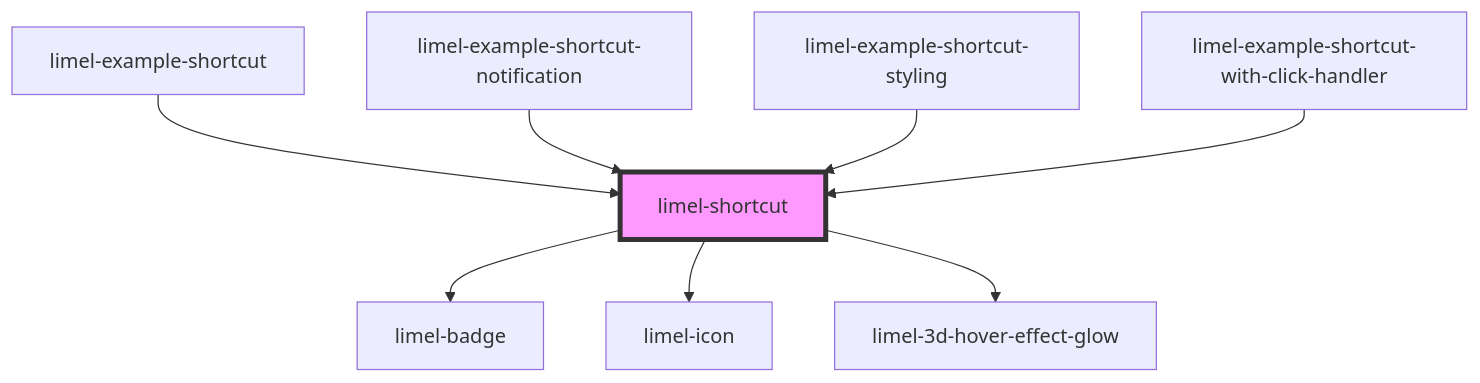
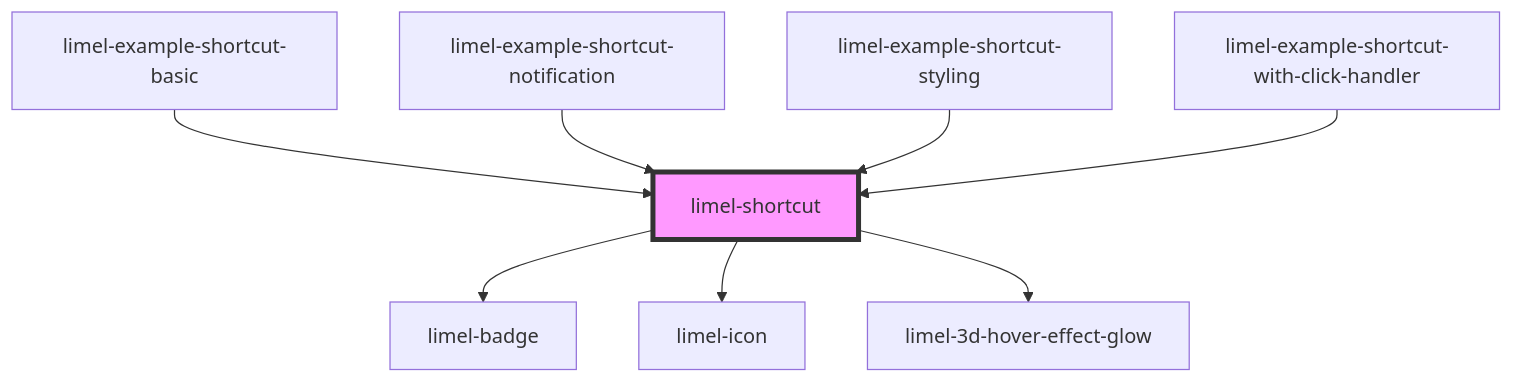
One commit to Lundalogik/lime-elements changed the diagram in versions/PR-3981/markdown-docs/components/shortcut/readme.md. Above: the diagram before and after it, drawn with Mermaid. The commit also changed other lines of this file and 211 other files, not shown here.

````diff
--- a/versions/PR-3981/markdown-docs/components/shortcut/readme.md
+++ b/versions/PR-3981/markdown-docs/components/shortcut/readme.md
@@ -42,11 +42,11 @@
 ```mermaid
 graph TD;
   limel-shortcut --> limel-badge
   limel-shortcut --> limel-icon
   limel-shortcut --> limel-3d-hover-effect-glow
-  limel-example-shortcut --> limel-shortcut
+  limel-example-shortcut-basic --> limel-shortcut
   limel-example-shortcut-notification --> limel-shortcut
   limel-example-shortcut-styling --> limel-shortcut
   limel-example-shortcut-with-click-handler --> limel-shortcut
   style limel-shortcut fill:#f9f,stroke:#333,stroke-width:4px
 ```
````
